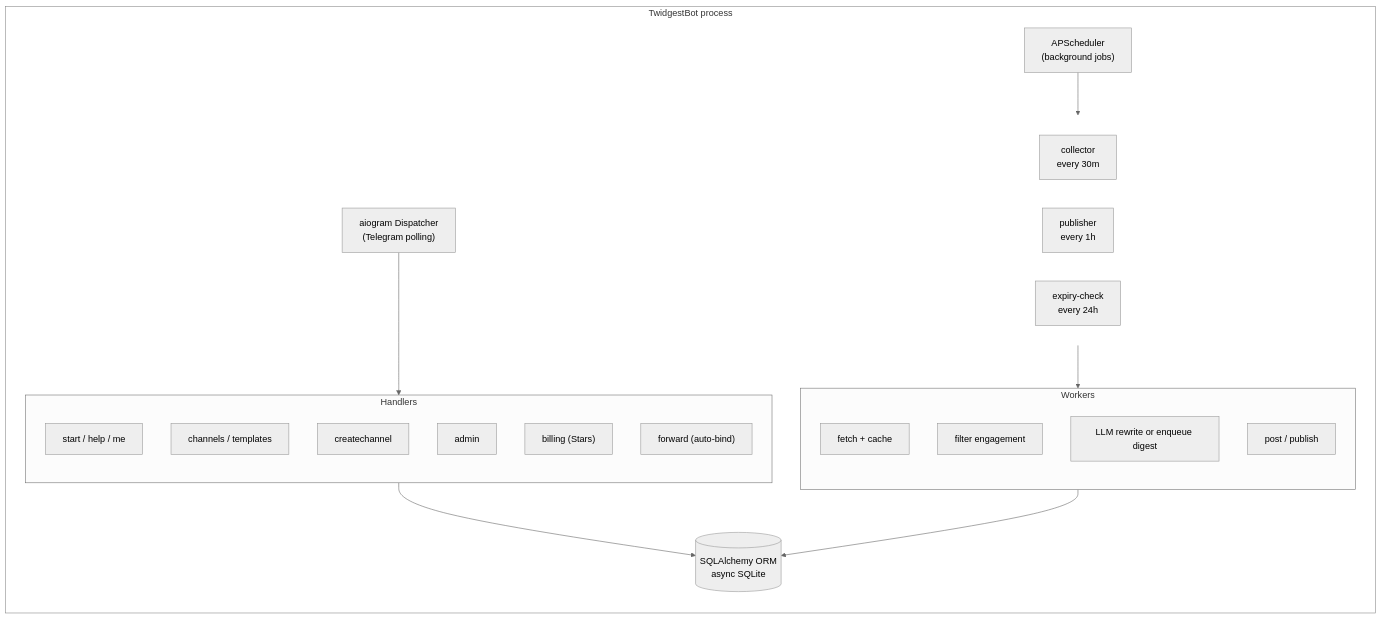
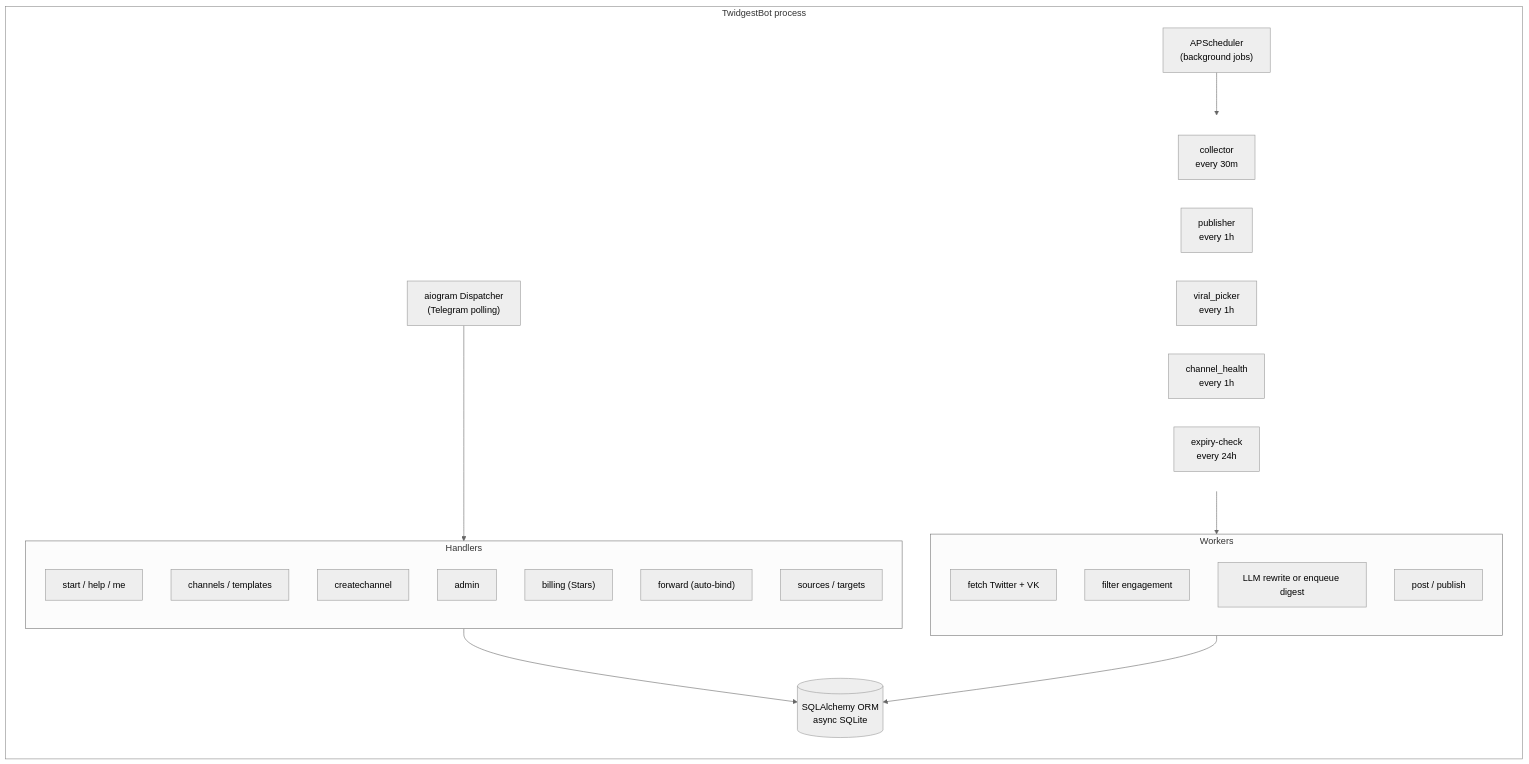
Before and after one commit to kelbic/twidgest-bot: the diagram in README.md, drawn with Mermaid (neutral theme). The commit also changed other lines of this file, not shown here.

Commit message:
docs: major README update — VK sources, new tiers, filter modes, setthreshold

````diff
--- a/README.md
+++ b/README.md
@@ -40,44 +40,47 @@
 ```mermaid
 flowchart TB
     subgraph Process["TwidgestBot process"]
         direction TB
         Dispatcher["aiogram Dispatcher<br/>(Telegram polling)"]
         Scheduler["APScheduler<br/>(background jobs)"]
 
         subgraph Jobs[" "]
             direction LR
             Collector["collector<br/>every 30m"]
             Publisher["publisher<br/>every 1h"]
+            ViralPicker["viral_picker<br/>every 1h"]
+            ChannelHealth["channel_health<br/>every 1h"]
             Expiry["expiry-check<br/>every 24h"]
         end
 
         subgraph Handlers["Handlers"]
             direction TB
             H1["start / help / me"]
             H2["channels / templates"]
             H3["createchannel"]
             H4["admin"]
             H5["billing (Stars)"]
             H6["forward (auto-bind)"]
+            H7["sources / targets"]
         end
 
         subgraph Workers["Workers"]
             direction TB
-            W1["fetch + cache"]
+            W1["fetch Twitter + VK"]
             W2["filter engagement"]
             W3["LLM rewrite or enqueue digest"]
             W4["post / publish"]
         end
 
         DB[("SQLAlchemy ORM<br/>async SQLite")]
 
         Dispatcher --> Handlers
         Scheduler --> Jobs
         Jobs --> Workers
         Handlers --> DB
         Workers --> DB
     end
 
     style Process fill:transparent,stroke:#888
     style Jobs fill:transparent,stroke:none
 ```
````
